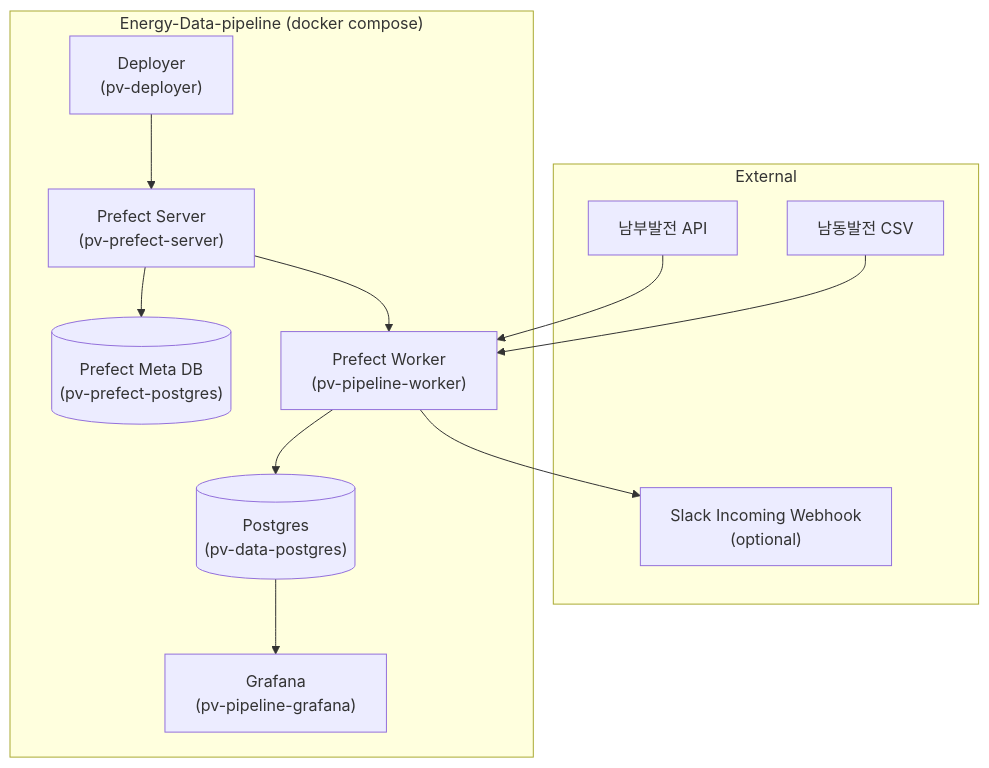
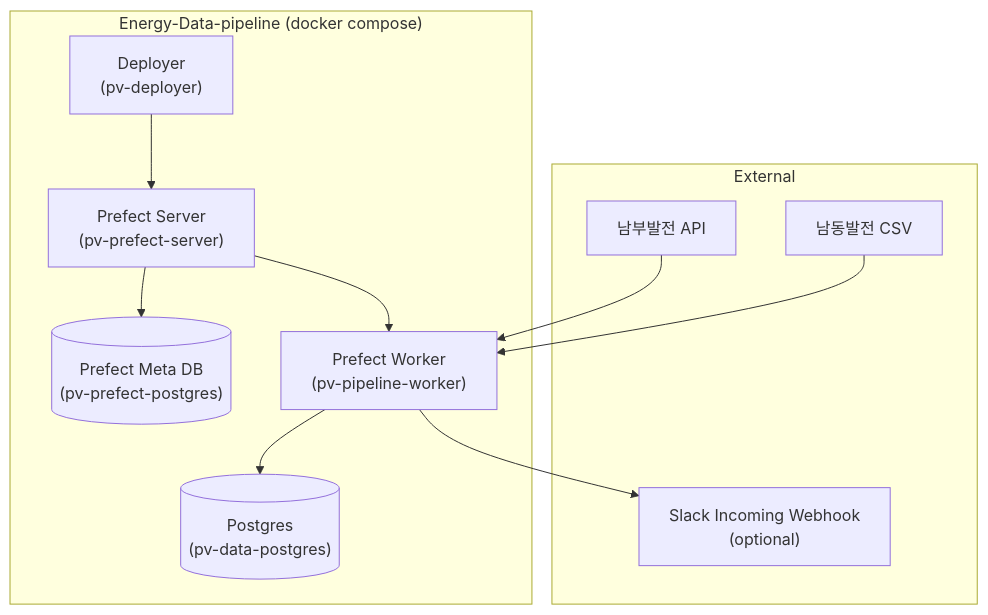
One commit to zongseung/Energy-Data-pipeline changed the diagram in ARCHITECTURE.md. Above: the diagram before and after it, drawn with Mermaid. The commit also changed 34 other files, not shown here.

````diff
--- a/ARCHITECTURE.md
+++ b/ARCHITECTURE.md
@@ -12,26 +12,24 @@
 ```mermaid
 flowchart TB
   subgraph Ext[External]
     Slack["Slack Incoming Webhook\n(optional)"]
     NambuAPI["남부발전 API"]
     NamdongCSV["남동발전 CSV"]
   end
 
   subgraph Stack["Energy-Data-pipeline (docker compose)"]
     PrefectServer["Prefect Server\n(pv-prefect-server)"]
     PrefectDB[("Prefect Meta DB\n(pv-prefect-postgres)")]
     DataDB[("Postgres\n(pv-data-postgres)")]
     Worker["Prefect Worker\n(pv-pipeline-worker)"]
     Deploy["Deployer\n(pv-deployer)"]
-    Grafana["Grafana\n(pv-pipeline-grafana)"]
   end
 
   Deploy --> PrefectServer
   PrefectServer --> PrefectDB
   PrefectServer --> Worker
   Worker --> DataDB
-  DataDB --> Grafana
   NambuAPI --> Worker
   NamdongCSV --> Worker
   Worker --> Slack
 ```
````
